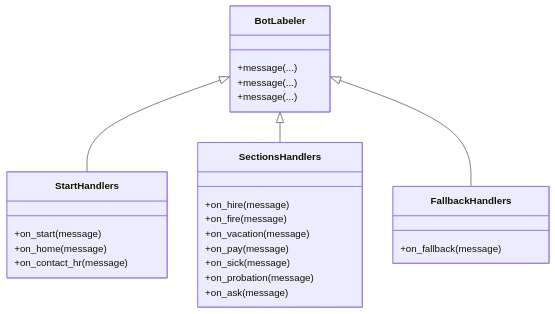
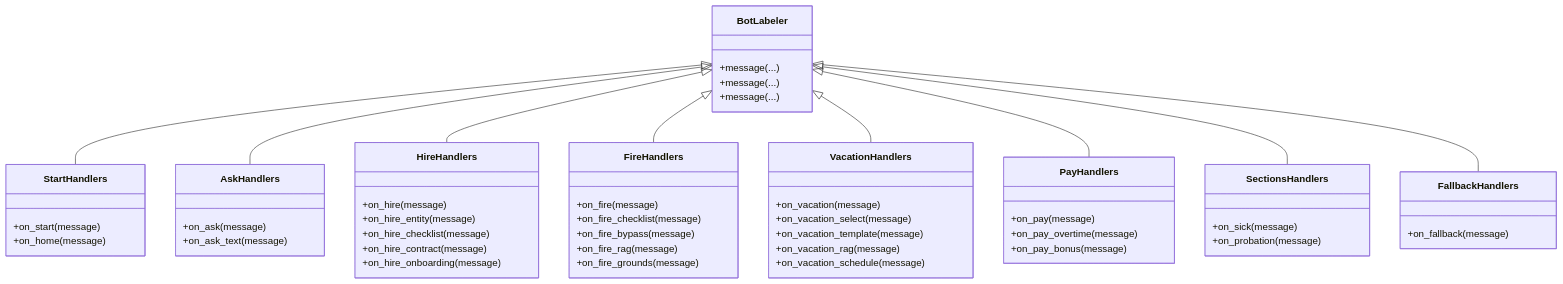
The fourth of 6 diagrams in .qoder/repowiki/en/content/VK Integration/Bot Factory.md (ognelis/cafetera_hr_bot), drawn with Mermaid before and after one commit. The commit also changed other lines of this file and 16 other files, not shown here.

````diff
--- a/.qoder/repowiki/en/content/VK Integration/Bot Factory.md
+++ b/.qoder/repowiki/en/content/VK Integration/Bot Factory.md
@@ -165,28 +192,57 @@
 ```mermaid
 classDiagram
 class BotLabeler {
 +message(...)
 +message(...)
 +message(...)
 }
 class StartHandlers {
 +on_start(message)
 +on_home(message)
-+on_contact_hr(message)
+}
+class AskHandlers {
++on_ask(message)
++on_ask_text(message)
+}
+class HireHandlers {
++on_hire(message)
++on_hire_entity(message)
++on_hire_checklist(message)
++on_hire_contract(message)
++on_hire_onboarding(message)
+}
+class FireHandlers {
++on_fire(message)
++on_fire_checklist(message)
++on_fire_bypass(message)
++on_fire_rag(message)
++on_fire_grounds(message)
+}
+class VacationHandlers {
++on_vacation(message)
++on_vacation_select(message)
++on_vacation_template(message)
++on_vacation_rag(message)
++on_vacation_schedule(message)
+}
+class PayHandlers {
++on_pay(message)
++on_pay_overtime(message)
++on_pay_bonus(message)
 }
 class SectionsHandlers {
-+on_hire(message)
-+on_fire(message)
-+on_vacation(message)
-+on_pay(message)
 +on_sick(message)
 +on_probation(message)
-+on_ask(message)
 }
 class FallbackHandlers {
 +on_fallback(message)
 }
 BotLabeler <|-- StartHandlers
+BotLabeler <|-- AskHandlers
+BotLabeler <|-- HireHandlers
+BotLabeler <|-- FireHandlers
+BotLabeler <|-- VacationHandlers
+BotLabeler <|-- PayHandlers
 BotLabeler <|-- SectionsHandlers
 BotLabeler <|-- FallbackHandlers
 ```
````
